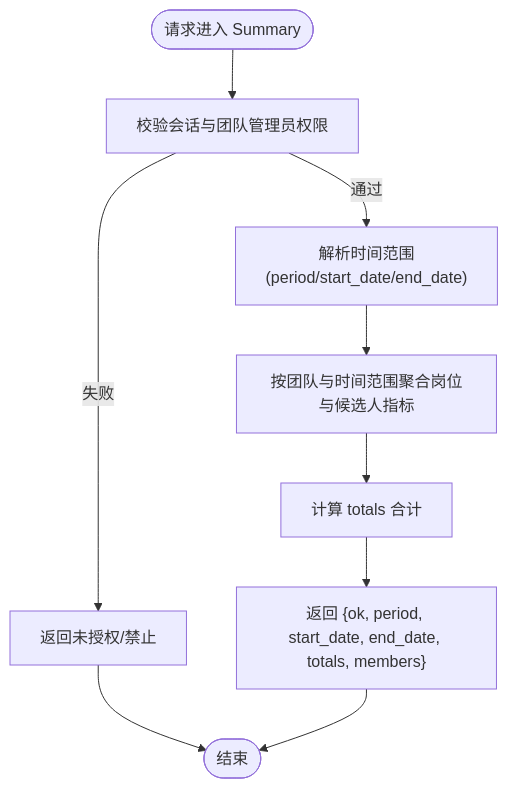
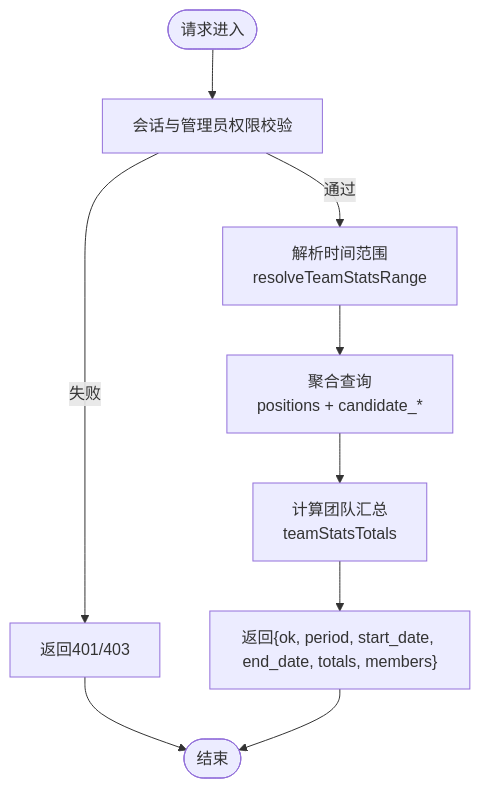
The third of 4 diagrams in .qoder/repowiki/zh/content/API接口文档/云端REST API/管理后台API/团队统计API.md (alvinwangzi/goodhr), drawn with Mermaid before and after one commit. The commit also changed other lines of this file and 149 other files, not shown here.

````diff
--- a/.qoder/repowiki/zh/content/API接口文档/云端REST API/管理后台API/团队统计API.md
+++ b/.qoder/repowiki/zh/content/API接口文档/云端REST API/管理后台API/团队统计API.md
@@ -129,11 +122,11 @@
 ```mermaid
 flowchart TD
-Start(["请求进入 Summary"]) --> Auth["校验会话与团队管理员权限"]
-Auth --> |通过| Parse["解析时间范围(period/start_date/end_date)"]
-Auth --> |失败| ErrAuth["返回未授权/禁止"]
-Parse --> Query["按团队与时间范围聚合岗位与候选人指标"]
-Query --> Totals["计算 totals 合计"]
-Totals --> Resp["返回 {ok, period, start_date, end_date, totals, members}"]
+Start(["请求进入"]) --> Auth["会话与管理员权限校验"]
+Auth --> |通过| Range["解析时间范围<br/>resolveTeamStatsRange"]
+Auth --> |失败| ErrAuth["返回401/403"]
+Range --> Query["聚合查询<br/>positions + candidate_*"]
+Query --> Totals["计算团队汇总<br/>teamStatsTotals"]
+Totals --> Resp["返回{ok, period, start_date, end_date, totals, members}"]
 ErrAuth --> End(["结束"])
 Resp --> End
 ```
````
